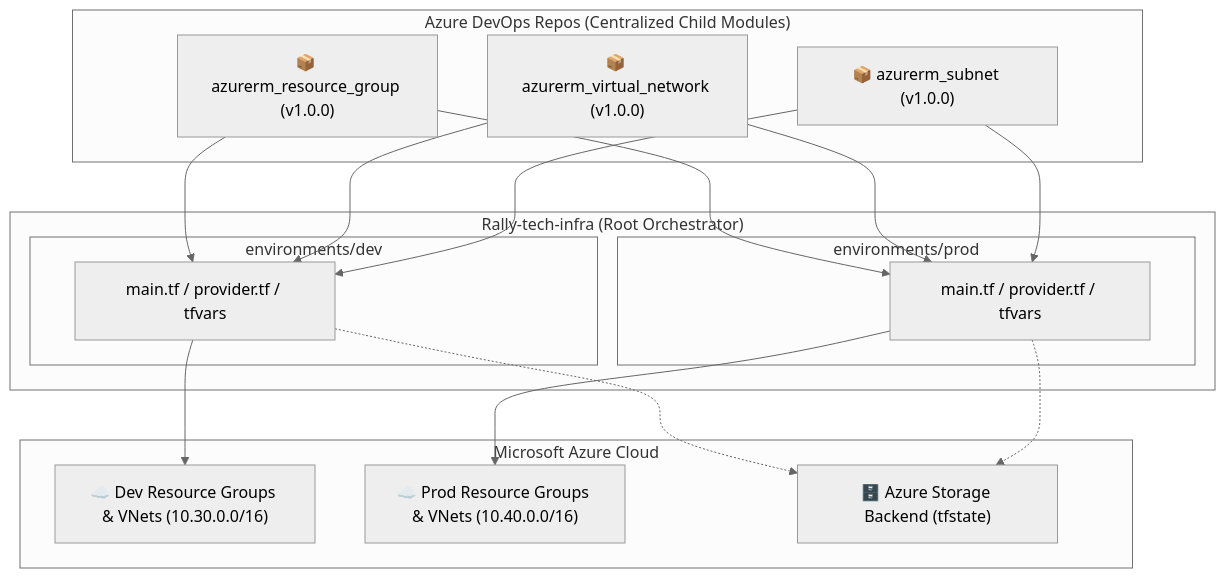
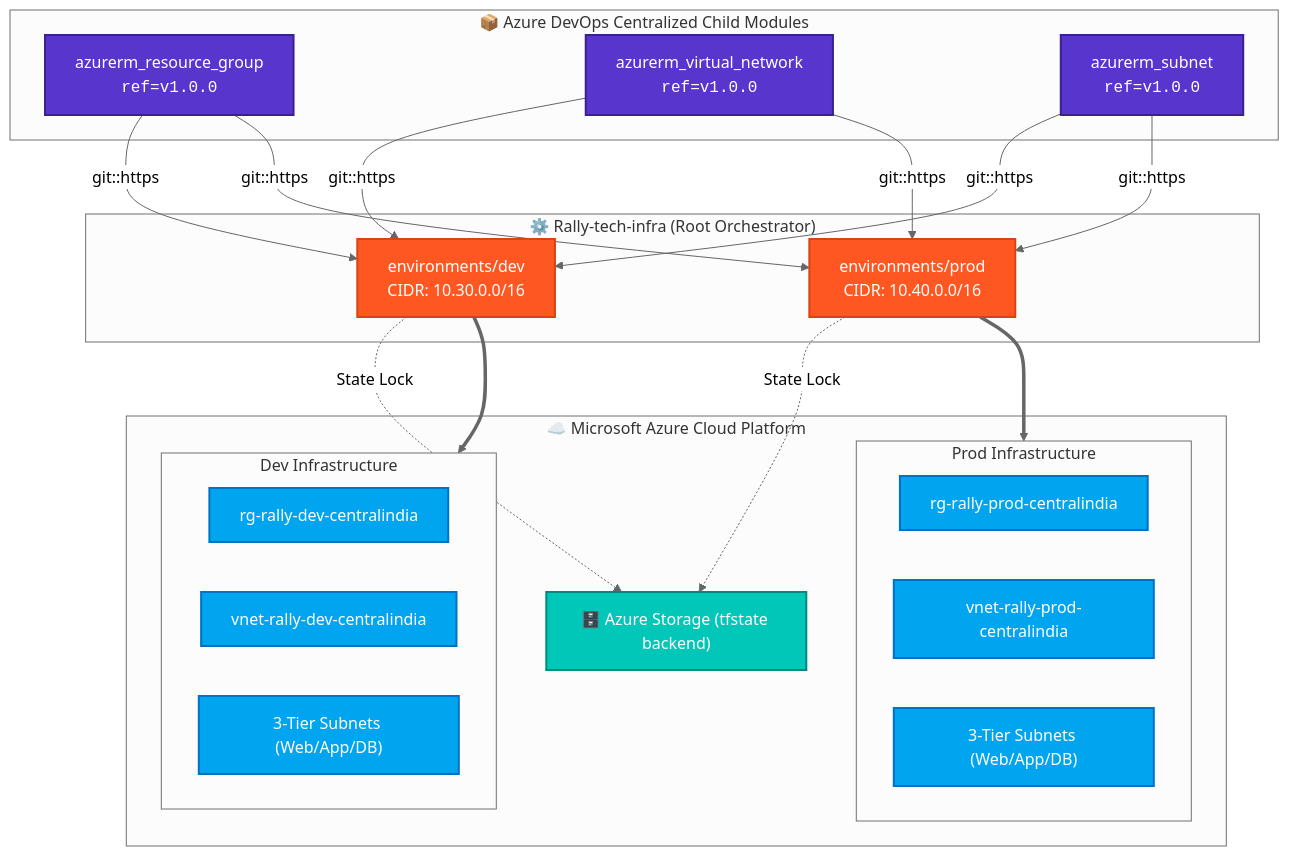
Before and after one commit to satyamrai-automation/Rally-tech-infra: the diagram in README.md, drawn with Mermaid (neutral theme). The commit also changed other lines of this file, not shown here.

````diff
--- a/README.md
+++ b/README.md
@@ -16,36 +71,46 @@
 ```mermaid
 graph TD
-    subgraph "Azure DevOps Repos (Centralized Child Modules)"
-        RG_MOD["📦 azurerm_resource_group (v1.0.0)"]
-        VNET_MOD["📦 azurerm_virtual_network (v1.0.0)"]
-        SNET_MOD["📦 azurerm_subnet (v1.0.0)"]
+    classDef gitRepo fill:#5835CC,stroke:#3b228a,stroke-width:2px,color:#fff;
+    classDef orchestrator fill:#FF5722,stroke:#d84315,stroke-width:2px,color:#fff;
+    classDef azureCloud fill:#00A4EF,stroke:#0072C6,stroke-width:2px,color:#fff;
+    classDef storage fill:#00C7B7,stroke:#008a7f,stroke-width:2px,color:#fff;
+
+    subgraph ADO["📦 Azure DevOps Centralized Child Modules"]
+        MOD_RG["azurerm_resource_group<br/><code>ref=v1.0.0</code>"]:::gitRepo
+        MOD_VNET["azurerm_virtual_network<br/><code>ref=v1.0.0</code>"]:::gitRepo
+        MOD_SNET["azurerm_subnet<br/><code>ref=v1.0.0</code>"]:::gitRepo
     end
 
-    subgraph "Rally-tech-infra (Root Orchestrator)"
-        subgraph "environments/dev"
-            DEV_TF["main.tf / provider.tf / tfvars"]
-        end
-        subgraph "environments/prod"
-            PROD_TF["main.tf / provider.tf / tfvars"]
-        end
+    subgraph ORCH["⚙️ Rally-tech-infra (Root Orchestrator)"]
+        DEV["environments/dev<br/>CIDR: 10.30.0.0/16"]:::orchestrator
+        PROD["environments/prod<br/>CIDR: 10.40.0.0/16"]:::orchestrator
     end
 
-    subgraph "Microsoft Azure Cloud"
-        DEV_AZ["☁️ Dev Resource Groups & VNets (10.30.0.0/16)"]
-        PROD_AZ["☁️ Prod Resource Groups & VNets (10.40.0.0/16)"]
-        STATE_STORE["🗄️ Azure Storage Backend (tfstate)"]
+    subgraph AZ["☁️ Microsoft Azure Cloud Platform"]
+        subgraph AZ_DEV["Dev Infrastructure"]
+            RG_D["rg-rally-dev-centralindia"]:::azureCloud
+            VNET_D["vnet-rally-dev-centralindia"]:::azureCloud
+            SNET_D["3-Tier Subnets (Web/App/DB)"]:::azureCloud
+        end
+        subgraph AZ_PROD["Prod Infrastructure"]
+            RG_P["rg-rally-prod-centralindia"]:::azureCloud
+            VNET_P["vnet-rally-prod-centralindia"]:::azureCloud
+            SNET_P["3-Tier Subnets (Web/App/DB)"]:::azureCloud
+        end
+        STATE["🗄️ Azure Storage (tfstate backend)"]:::storage
     end
 
-    RG_MOD --> DEV_TF
-    VNET_MOD --> DEV_TF
-    SNET_MOD --> DEV_TF
+    MOD_RG -->|git::https| DEV
+    MOD_VNET -->|git::https| DEV
+    MOD_SNET -->|git::https| DEV
 
-    RG_MOD --> PROD_TF
-    VNET_MOD --> PROD_TF
-    SNET_MOD --> PROD_TF
+    MOD_RG -->|git::https| PROD
+    MOD_VNET -->|git::https| PROD
+    MOD_SNET -->|git::https| PROD
 
-    DEV_TF --> DEV_AZ
-    PROD_TF --> PROD_AZ
-    DEV_TF -.-> STATE_STORE
-    PROD_TF -.-> STATE_STORE
+    DEV ==> AZ_DEV
+    PROD ==> AZ_PROD
+
+    DEV -.->|State Lock| STATE
+    PROD -.->|State Lock| STATE
 ```
````
